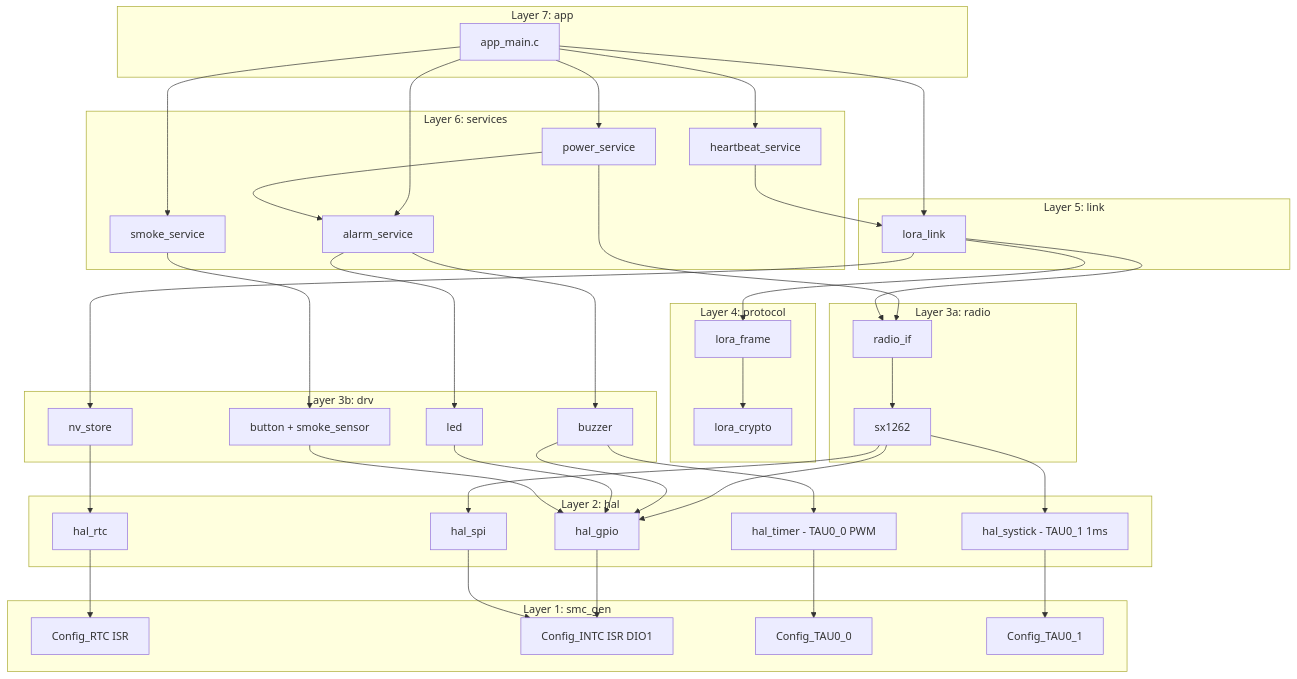
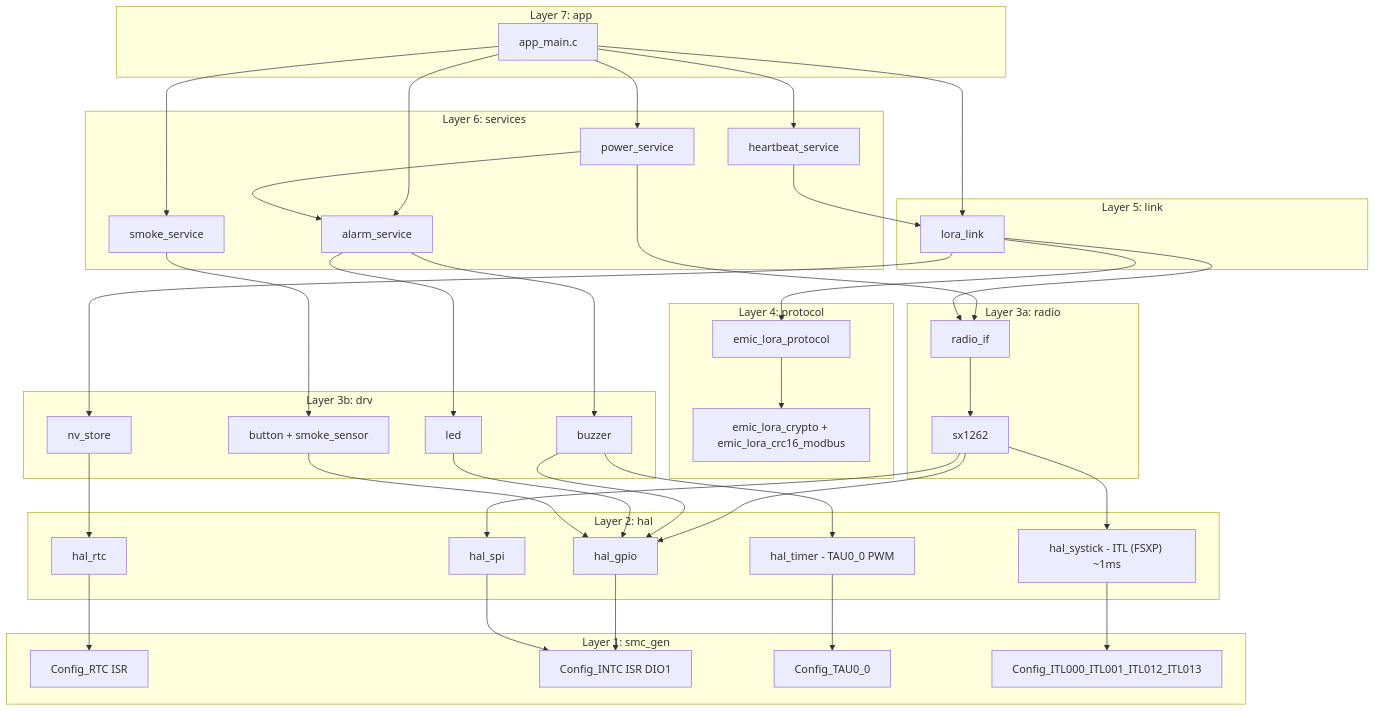
One commit to vuvantruong120896/emic_lora_protocol changed the first of 8 diagrams in EMIC_LORA_PROTOCOL/docs/layer_call_flow.md. Above: the diagram before and after it, drawn with Mermaid. The commit also changed other lines of this file and 65 other files, not shown here.

```diff
--- a/EMIC_LORA_PROTOCOL/docs/layer_call_flow.md
+++ b/EMIC_LORA_PROTOCOL/docs/layer_call_flow.md
@@ -26,8 +26,8 @@
   end
 
   subgraph PROTO[Layer 4: protocol]
-    P1["lora_frame"]
-    P2["lora_crypto"]
+    P1["emic_lora_protocol"]
+    P2["emic_lora_crypto + emic_lora_crc16_modbus"]
   end
 
   subgraph RADIO[Layer 3a: radio]
@@ -47,14 +47,14 @@
     H2["hal_spi"]
     H3["hal_rtc"]
     H4["hal_timer - TAU0_0 PWM"]
-    H5["hal_systick - TAU0_1 1ms"]
+    H5["hal_systick - ITL (FSXP) ~1ms"]
   end
 
   subgraph SMC[Layer 1: smc_gen]
     G1["Config_RTC ISR"]
     G2["Config_INTC ISR DIO1"]
     G3["Config_TAU0_0"]
-    G4["Config_TAU0_1"]
+    G4["Config_ITL000_ITL001_ITL012_ITL013"]
   end
 
   A1 --> S1
```
